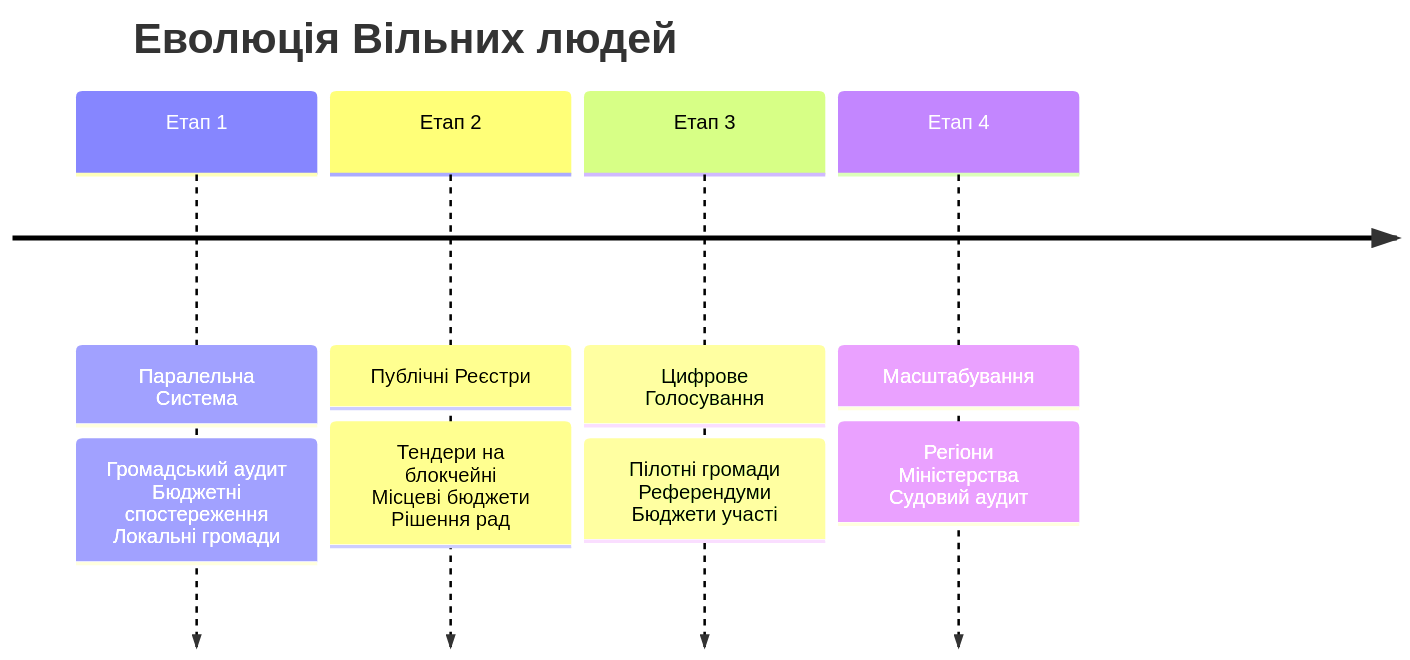
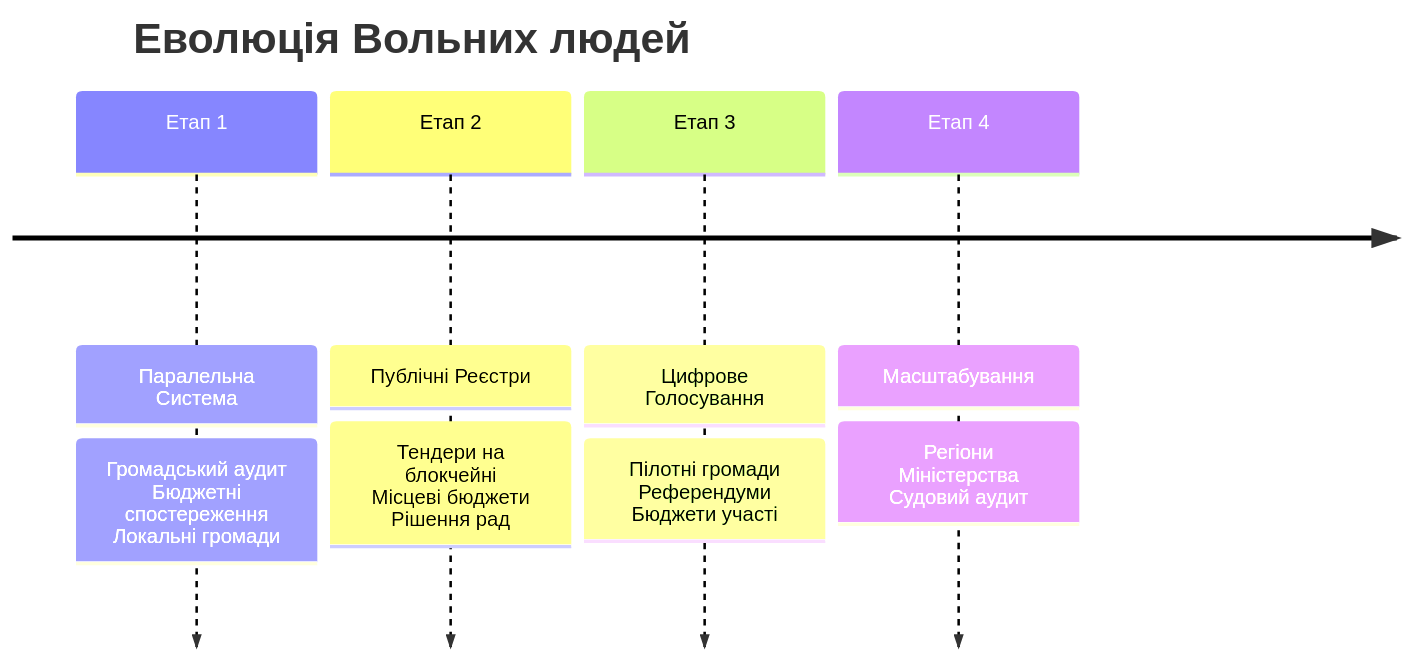
The diagram in roadmap.md (yaro-rasta/willni), drawn with Mermaid before and after one commit. The commit also changed other lines of this file and 8 other files, not shown here.

````diff
--- a/roadmap.md
+++ b/roadmap.md
@@ -11,8 +11,8 @@
 ```mermaid
 timeline
-    title Еволюція Вільних людей
+    title Еволюція Вольних людей
     Етап 1 : Паралельна Система : Громадський аудит <br> Бюджетні спостереження <br> Локальні громади
     Етап 2 : Публічні Реєстри : Тендери на блокчейні <br> Місцеві бюджети <br> Рішення рад
     Етап 3 : Цифрове Голосування : Пілотні громади <br> Референдуми <br> Бюджети участі
     Етап 4 : Масштабування : Регіони <br> Міністерства <br> Судовий аудит
 ```
````
